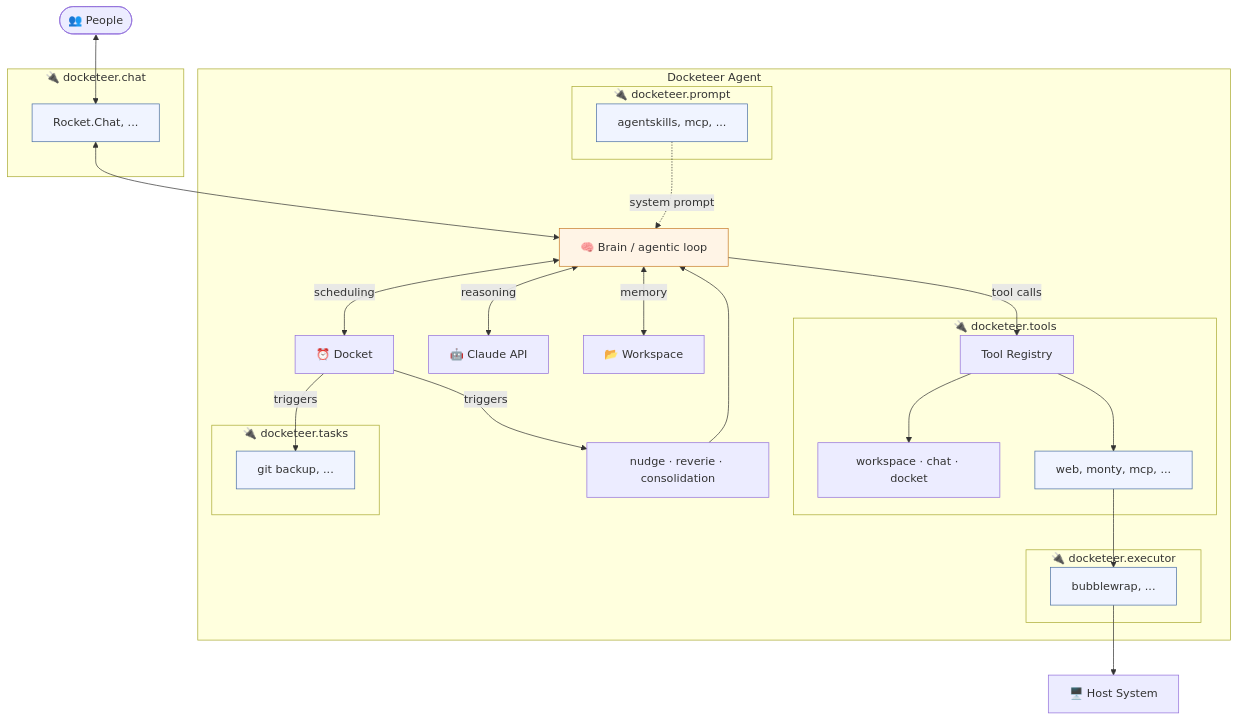
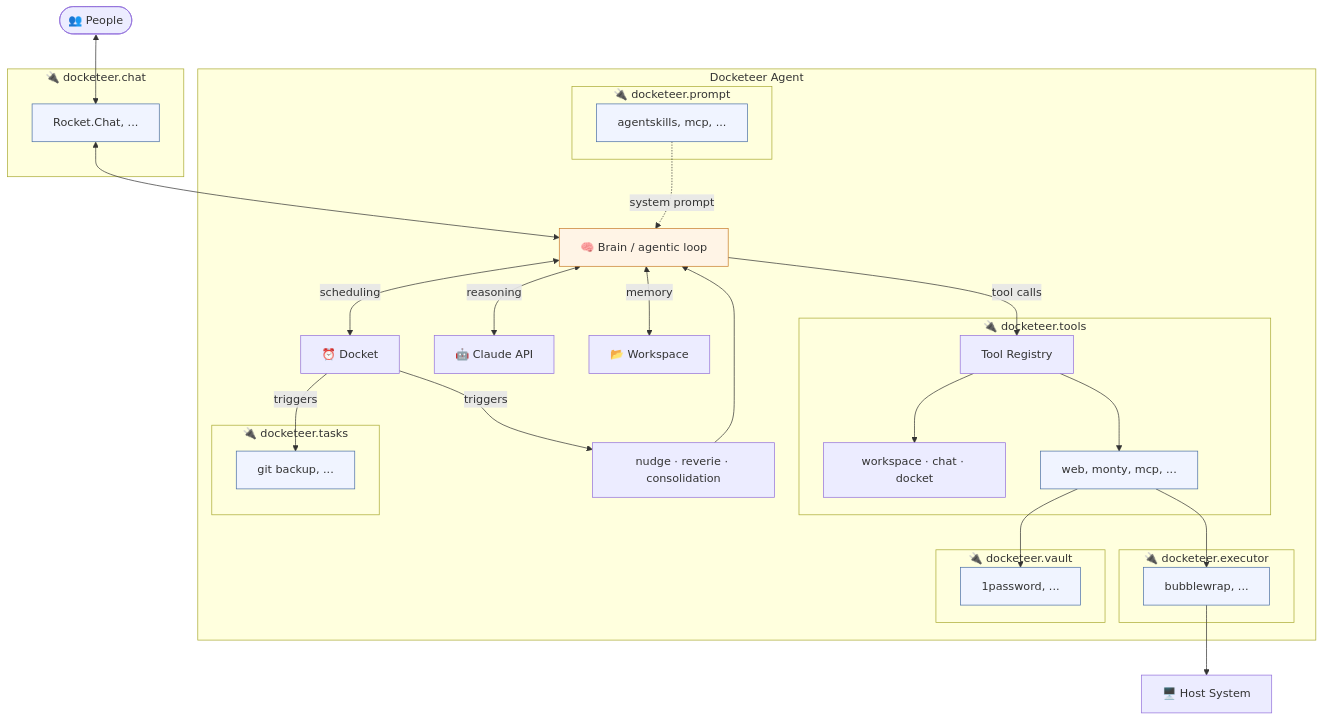
One commit to chrisguidry/docketeer changed the diagram in README.md. Above: the diagram before and after it, drawn with Mermaid. The commit also changed other lines of this file and 25 other files, not shown here.

First line of the commit message:
Add vault plugin system and docketeer-1password package

````diff
--- a/README.md
+++ b/README.md
@@ -67,53 +67,58 @@
 ```mermaid
 graph TD
     People(["👥 People"])
     People <--> ChatClient
 
     subgraph chat ["🔌 docketeer.chat"]
         ChatClient["Rocket.Chat, ..."]
     end
 
     ChatClient <--> Brain
 
     subgraph agent ["Docketeer Agent"]
         Brain["🧠 Brain / agentic loop"]
 
         Brain <-- "reasoning" --> API["🤖 Claude API"]
         Brain <-- "memory" --> Workspace["📂 Workspace"]
         Brain <-- "scheduling" --> Docket["⏰ Docket"]
 
         Docket -- triggers --> CoreTasks["nudge · reverie · consolidation"]
         CoreTasks --> Brain
 
         subgraph prompt ["🔌 docketeer.prompt"]
             Prompts["agentskills, mcp, ..."]
         end
         Prompts -. system prompt .-> Brain
 
         Brain -- tool calls --> Registry
         subgraph tools ["🔌 docketeer.tools"]
             Registry["Tool Registry"]
             CoreTools["workspace · chat · docket"]
             PluginTools["web, monty, mcp, ..."]
         end
         Registry --> CoreTools
         Registry --> PluginTools
 
         Docket -- triggers --> PluginTasks
         subgraph tasks ["🔌 docketeer.tasks"]
             PluginTasks["git backup, ..."]
         end
 
         subgraph executor ["🔌 docketeer.executor"]
             Sandbox["bubblewrap, ..."]
         end
         PluginTools --> Sandbox
+
+        subgraph vault ["🔌 docketeer.vault"]
+            Secrets["1password, ..."]
+        end
+        PluginTools --> Secrets
     end
 
     Sandbox --> Host["🖥️ Host System"]
 
     classDef plugin fill:#f0f4ff,stroke:#4a6fa5
     classDef core fill:#fff4e6,stroke:#c77b2a
-    class ChatClient,Prompts,PluginTools,Sandbox,PluginTasks plugin
+    class ChatClient,Prompts,PluginTools,Sandbox,Secrets,PluginTasks plugin
     class Brain core
 ```
````
